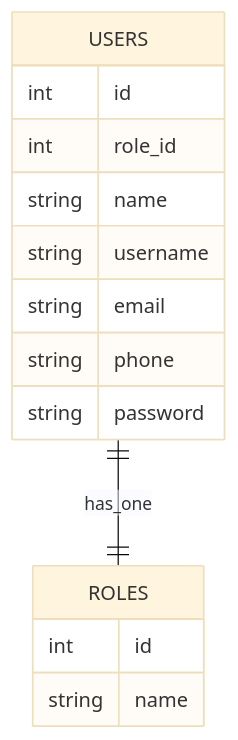
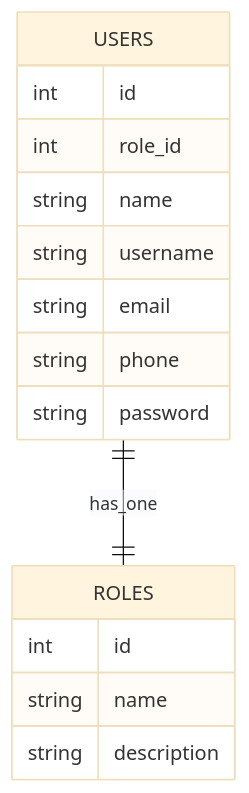
One commit to aasumitro/posbe changed the diagram in internal/account/ENTITY_DIAGRAM.md. Above: the diagram before and after it, drawn with Mermaid (base theme). The commit also changed 55 other files, not shown here.

````diff
--- a/internal/account/ENTITY_DIAGRAM.md
+++ b/internal/account/ENTITY_DIAGRAM.md
@@ -3,18 +3,19 @@
 ```mermaid
 erDiagram
     ROLES {
         int id
         string name
+        string description
     }
     
     USERS ||--|| ROLES : has_one
     USERS {
         int id
         int role_id
         string name
         string username
         string email
         string phone
         string password
     }
 ```
````
